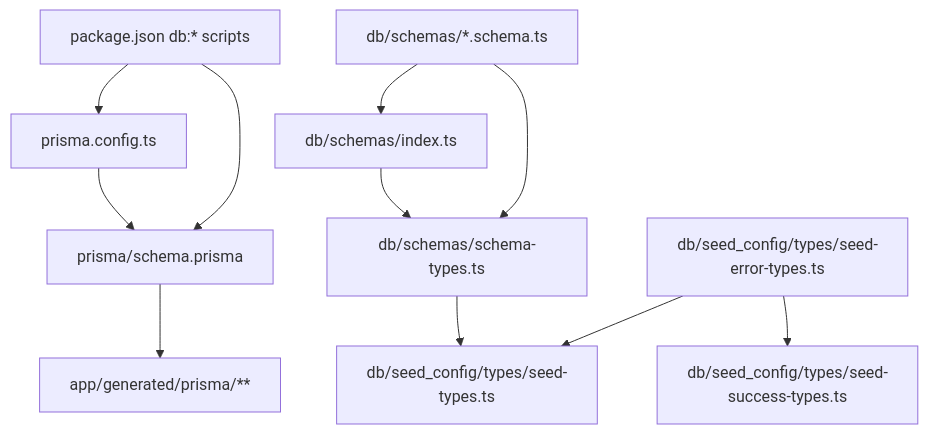
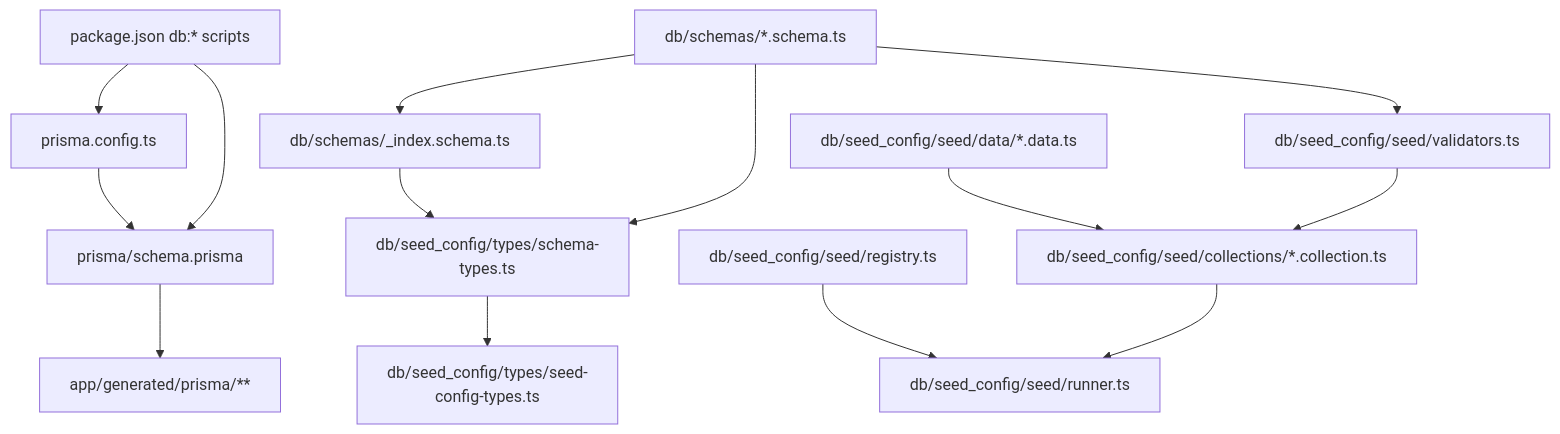
The diagram in docs/00_Developer_Docs/database/database-file-map.md (cgbureau/40k-Army), drawn with Mermaid before and after one commit. The commit also changed other lines of this file, not shown here.

Commit message:
docs(db): refresh seed implementation file map

````diff
--- a/docs/00_Developer_Docs/database/database-file-map.md
+++ b/docs/00_Developer_Docs/database/database-file-map.md
@@ -27,14 +31,17 @@
 ```mermaid
 flowchart TD
   prismaSchema["prisma/schema.prisma"] --> generatedClient["app/generated/prisma/**"]
   prismaConfig["prisma.config.ts"] --> prismaSchema
   packageScripts["package.json db:* scripts"] --> prismaConfig
   packageScripts --> prismaSchema
 
-  schemaFiles["db/schemas/*.schema.ts"] --> schemaBarrel["db/schemas/index.ts"]
-  schemaBarrel --> schemaTypes["db/schemas/schema-types.ts"]
+  schemaFiles["db/schemas/*.schema.ts"] --> schemaBarrel["db/schemas/_index.schema.ts"]
+  schemaBarrel --> schemaTypes["db/seed_config/types/schema-types.ts"]
   schemaFiles --> schemaTypes
-  schemaTypes --> seedTypes["db/seed_config/types/seed-types.ts"]
-  seedErrors["db/seed_config/types/seed-error-types.ts"] --> seedSuccess["db/seed_config/types/seed-success-types.ts"]
-  seedErrors --> seedTypes
+  schemaTypes --> seedConfigTypes["db/seed_config/types/seed-config-types.ts"]
+  seedRegistry["db/seed_config/seed/registry.ts"] --> seedRunner["db/seed_config/seed/runner.ts"]
+  seedData["db/seed_config/seed/data/*.data.ts"] --> seedCollections["db/seed_config/seed/collections/*.collection.ts"]
+  seedCollections --> seedRunner
+  schemaFiles --> seedValidators["db/seed_config/seed/validators.ts"]
+  seedValidators --> seedCollections
 ```
````
